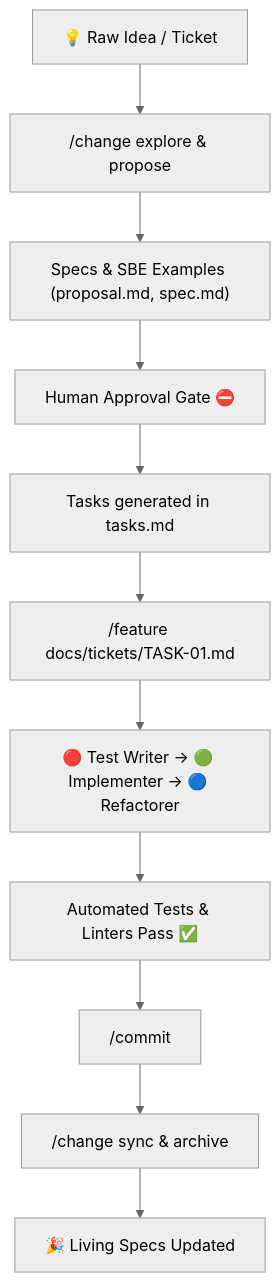
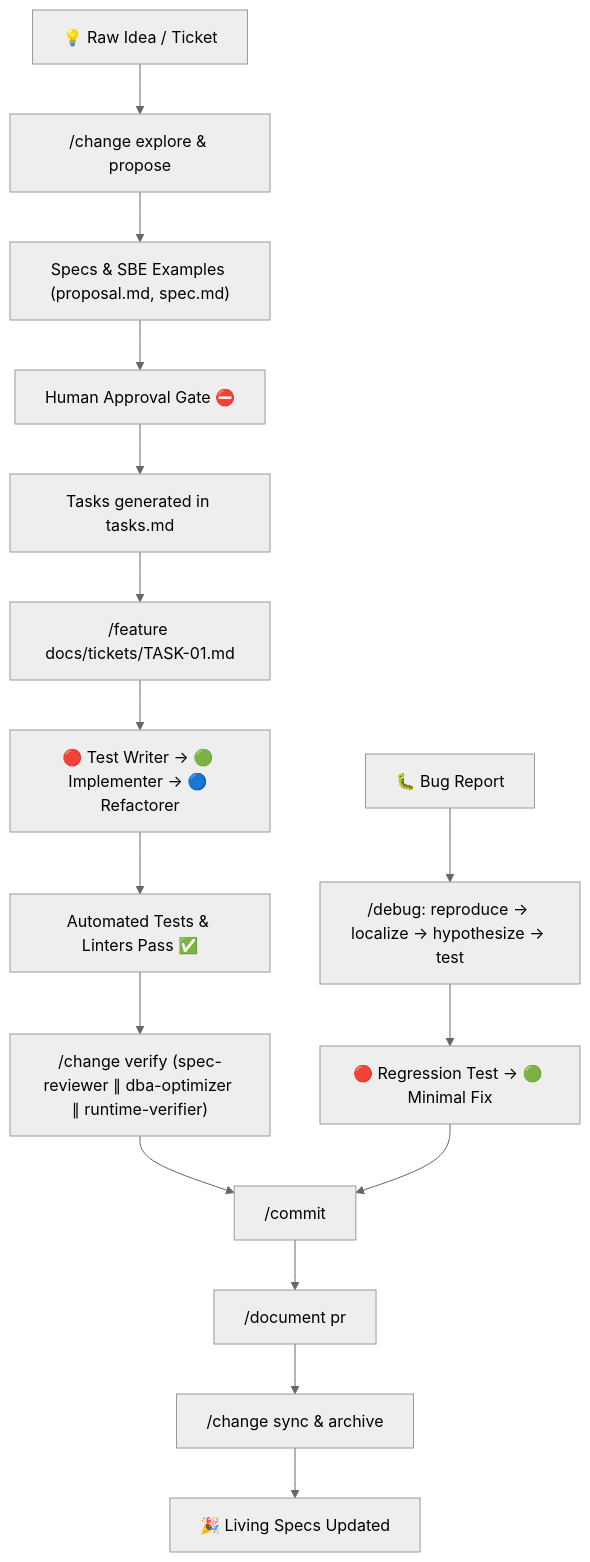
Before and after one commit to diegomottadev/workflow-ssd-plugin: the diagram in README.md, drawn with Mermaid (neutral theme). The commit also changed other lines of this file and 19 other files, not shown here.

````diff
--- a/README.md
+++ b/README.md
@@ -309,13 +361,19 @@
 ```mermaid
 flowchart TD
     A["💡 Raw Idea / Ticket"] --> B["/change explore & propose"]
     B --> C["Specs & SBE Examples (proposal.md, spec.md)"]
     C --> D["Human Approval Gate ⛔"]
     D --> E["Tasks generated in tasks.md"]
     E --> F["/feature docs/tickets/TASK-01.md"]
     F --> G["🔴 Test Writer → 🟢 Implementer → 🔵 Refactorer"]
     G --> H["Automated Tests & Linters Pass ✅"]
-    H --> I["/commit"]
-    I --> J["/change sync & archive"]
+    H --> H2["/change verify (spec-reviewer ∥ dba-optimizer ∥ runtime-verifier)"]
+    H2 --> I["/commit"]
+    I --> I2["/document pr"]
+    I2 --> J["/change sync & archive"]
     J --> K["🎉 Living Specs Updated"]
+
+    L["🐛 Bug Report"] --> M["/debug: reproduce → localize → hypothesize → test"]
+    M --> N["🔴 Regression Test → 🟢 Minimal Fix"]
+    N --> I
 ```
````
